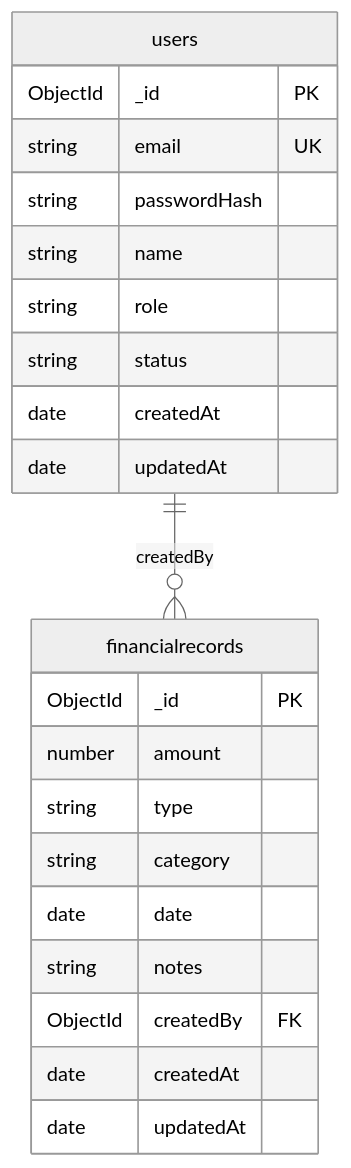
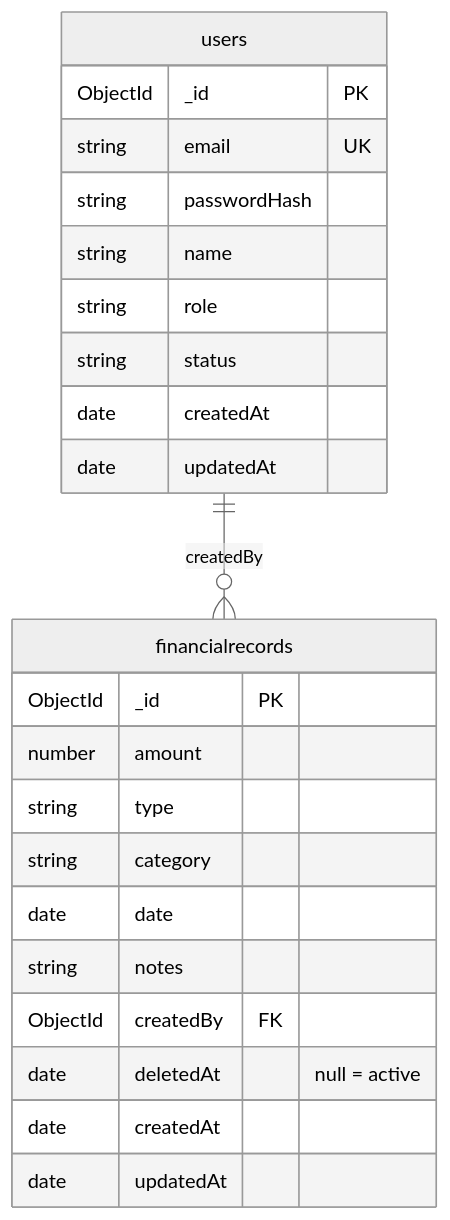
One commit to harsh-85293/Finance-Data-Processing-and-Access-Control-Backend changed the third of 4 diagrams in docs/system-design.md. Above: the diagram before and after it, drawn with Mermaid (neutral theme). The commit also changed other lines of this file and 18 other files, not shown here.

````diff
--- a/docs/system-design.md
+++ b/docs/system-design.md
@@ -185,25 +192,26 @@
 ```mermaid
 erDiagram
   users ||--o{ financialrecords : createdBy
   users {
     ObjectId _id PK
     string email UK
     string passwordHash
     string name
     string role
     string status
     date createdAt
     date updatedAt
   }
   financialrecords {
     ObjectId _id PK
     number amount
     string type
     string category
     date date
     string notes
     ObjectId createdBy FK
+    date deletedAt "null = active"
     date createdAt
     date updatedAt
   }
 ```
````
